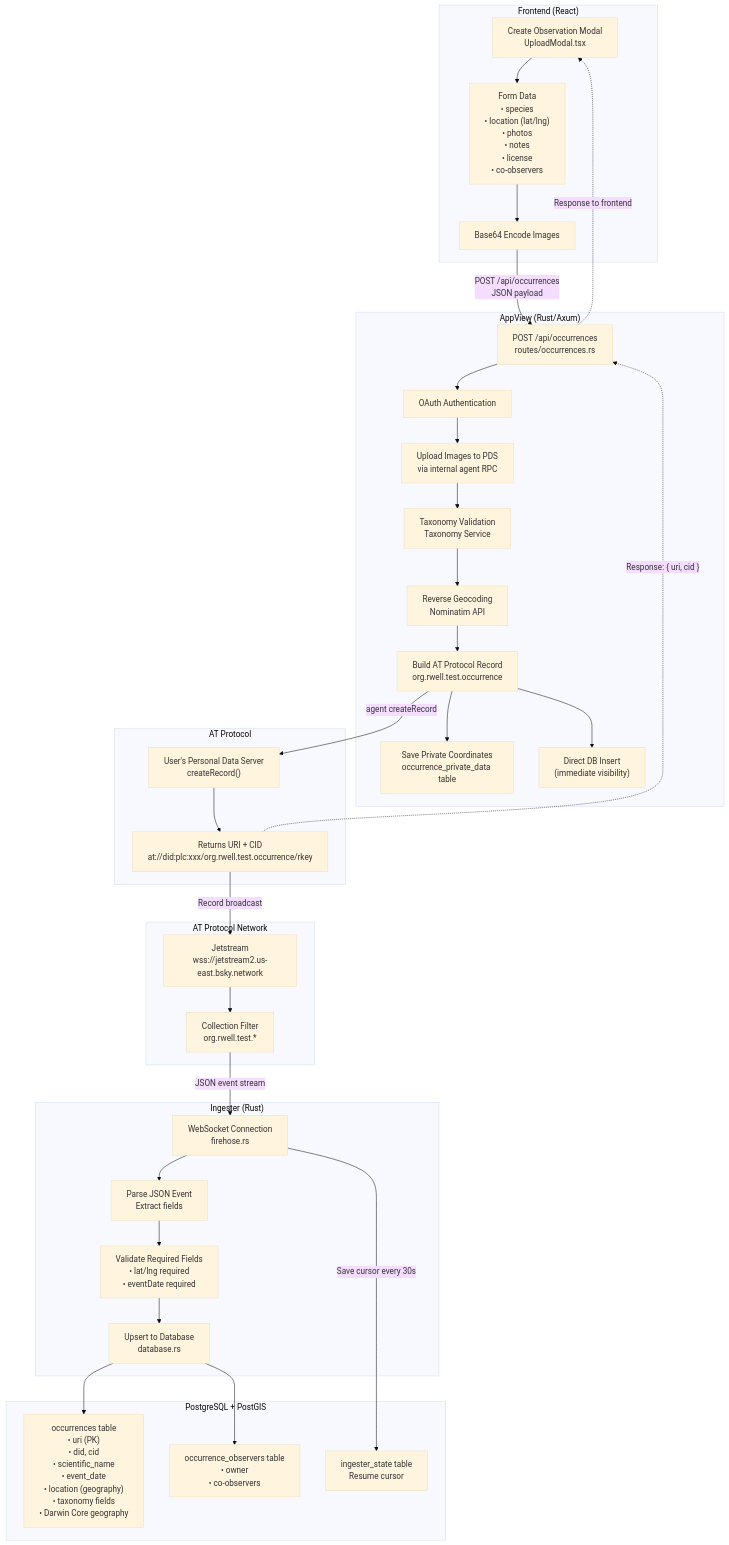
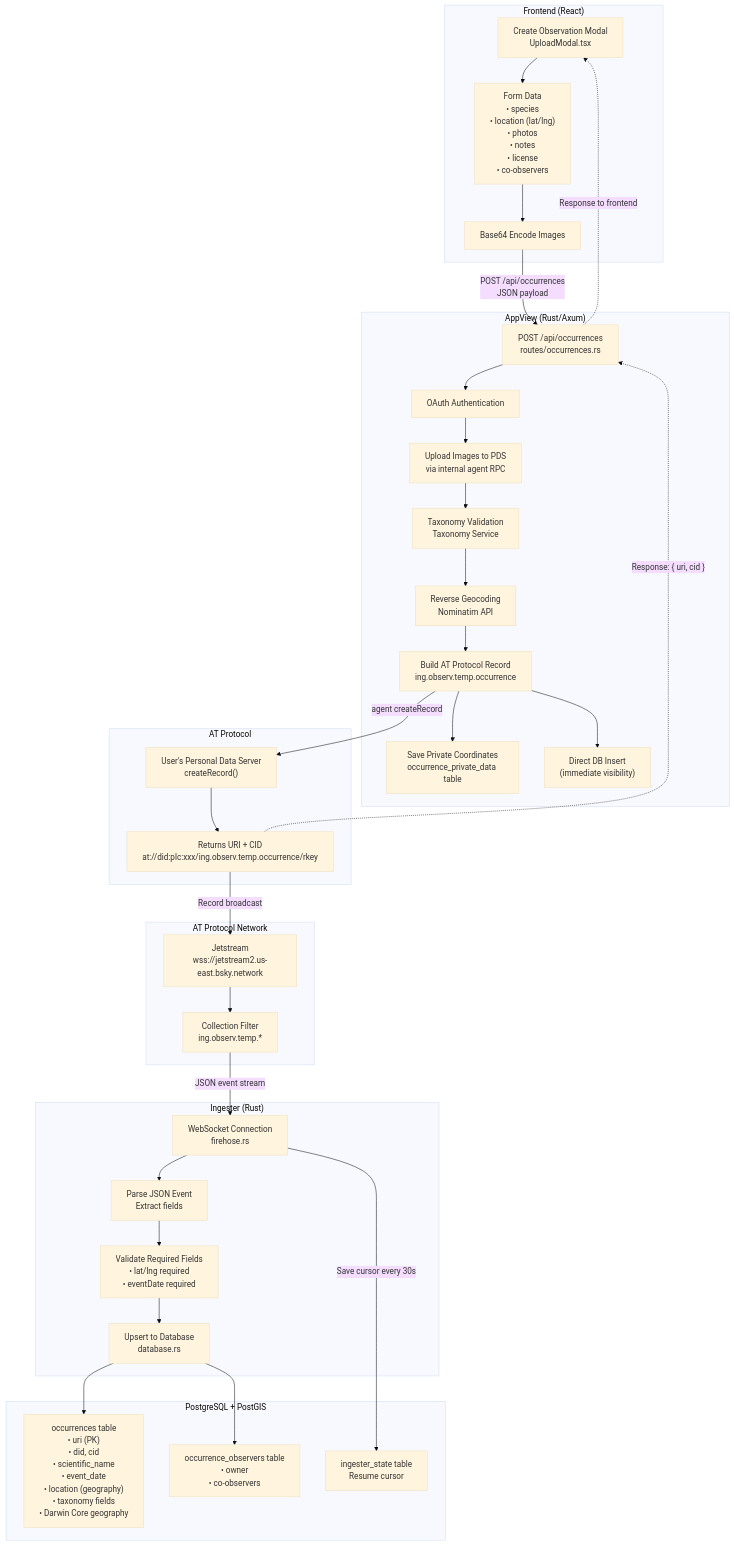
Before and after one commit to observ-ing/core: the diagram in docs/data-flow.md, drawn with Mermaid (base theme). The commit also changed other lines of this file and 92 other files, not shown here.

First line of the commit message:
Migrate lexicons from org.rwell.test.* to ing.observ.temp.*

````diff
--- a/docs/data-flow.md
+++ b/docs/data-flow.md
@@ -7,68 +7,68 @@
 ```mermaid
 flowchart TB
     subgraph Frontend["Frontend (React)"]
         Modal["Create Observation Modal<br/>UploadModal.tsx"]
         FormData["Form Data<br/>• species<br/>• location (lat/lng)<br/>• photos<br/>• notes<br/>• license<br/>• co-observers"]
         Base64["Base64 Encode Images"]
         Modal --> FormData --> Base64
     end
 
     subgraph AppView["AppView (Rust/Axum)"]
         API["POST /api/occurrences<br/>routes/occurrences.rs"]
         Auth["OAuth Authentication"]
         BlobUpload["Upload Images to PDS<br/>via internal agent RPC"]
         GBIF["Taxonomy Validation<br/>Taxonomy Service"]
         Geocode["Reverse Geocoding<br/>Nominatim API"]
-        BuildRecord["Build AT Protocol Record<br/>org.rwell.test.occurrence"]
+        BuildRecord["Build AT Protocol Record<br/>ing.observ.temp.occurrence"]
         PrivateData["Save Private Coordinates<br/>occurrence_private_data table"]
         DirectInsert["Direct DB Insert<br/>(immediate visibility)"]
     end
 
     subgraph ATProtocol["AT Protocol"]
         PDS["User's Personal Data Server<br/>createRecord()"]
-        URI["Returns URI + CID<br/>at://did:plc:xxx/org.rwell.test.occurrence/rkey"]
+        URI["Returns URI + CID<br/>at://did:plc:xxx/ing.observ.temp.occurrence/rkey"]
     end
 
     subgraph Firehose["AT Protocol Network"]
         Jetstream["Jetstream<br/>wss://jetstream2.us-east.bsky.network"]
-        Filter["Collection Filter<br/>org.rwell.test.*"]
+        Filter["Collection Filter<br/>ing.observ.temp.*"]
     end
 
     subgraph Ingester["Ingester (Rust)"]
         WS["WebSocket Connection<br/>firehose.rs"]
         Parse["Parse JSON Event<br/>Extract fields"]
         Validate["Validate Required Fields<br/>• lat/lng required<br/>• eventDate required"]
         Upsert["Upsert to Database<br/>database.rs"]
     end
 
     subgraph Database["PostgreSQL + PostGIS"]
         Occurrences["occurrences table<br/>• uri (PK)<br/>• did, cid<br/>• scientific_name<br/>• event_date<br/>• location (geography)<br/>• taxonomy fields<br/>• Darwin Core geography"]
         Observers["occurrence_observers table<br/>• owner<br/>• co-observers"]
         Cursor["ingester_state table<br/>Resume cursor"]
     end
 
     %% Main flow
     Base64 -->|"POST /api/occurrences<br/>JSON payload"| API
     API --> Auth
     Auth --> BlobUpload
     BlobUpload --> GBIF
     GBIF --> Geocode
     Geocode --> BuildRecord
     BuildRecord -->|"agent createRecord"| PDS
     BuildRecord --> PrivateData
     BuildRecord --> DirectInsert
     PDS --> URI
     URI -->|"Record broadcast"| Jetstream
     Jetstream --> Filter
     Filter -->|"JSON event stream"| WS
     WS --> Parse
     Parse --> Validate
     Validate --> Upsert
     Upsert --> Occurrences
     Upsert --> Observers
     WS -->|"Save cursor every 30s"| Cursor
 
     %% Response flow
     URI -.->|"Response: { uri, cid }"| API
     API -.->|"Response to frontend"| Modal
 ```
````
